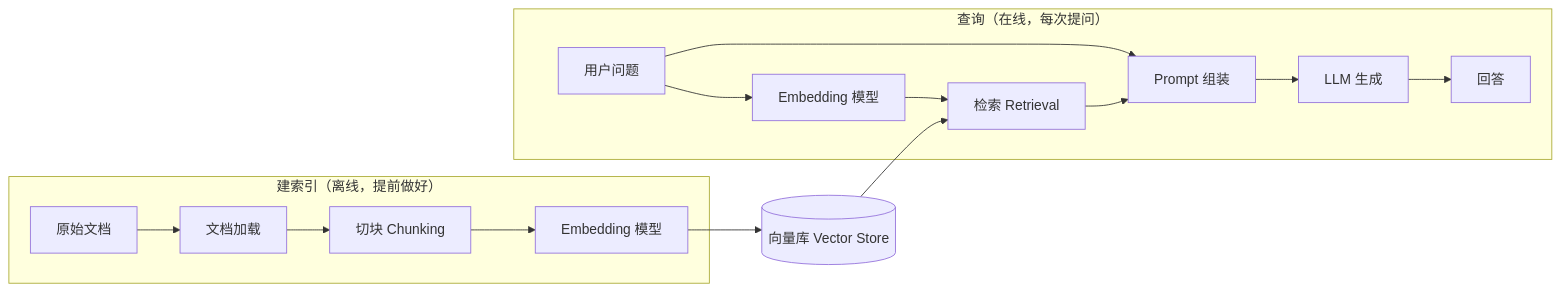
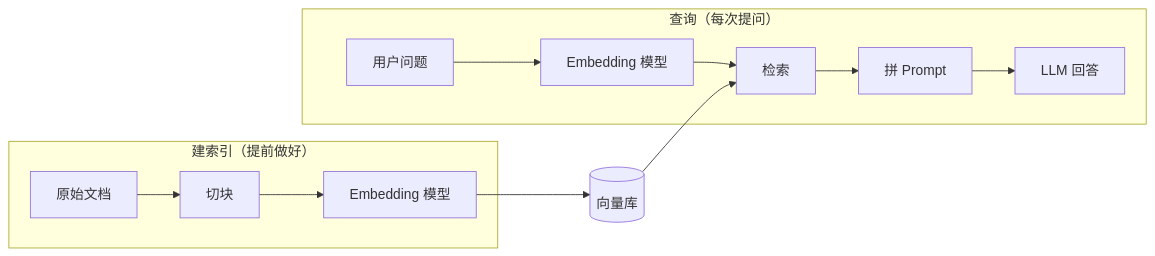
Before and after one commit to PlutoKeating/Project.plusOne: the diagram in docs/ch03/README.md, drawn with Mermaid. The commit also changed other lines of this file and 3 other files, not shown here.

````diff
--- a/docs/ch03/README.md
+++ b/docs/ch03/README.md
@@ -18,18 +29,15 @@
 ```mermaid
 flowchart LR
-    subgraph 建索引["建索引（离线，提前做好）"]
-        A[原始文档] --> B[文档加载]
-        B --> C[切块 Chunking]
+    subgraph 建索引["建索引（提前做好）"]
+        A[原始文档] --> C[切块]
         C --> D[Embedding 模型]
     end
-    D --> E[(向量库 Vector Store)]
-    subgraph 查询["查询（在线，每次提问）"]
+    D --> E[(向量库)]
+    subgraph 查询["查询（每次提问）"]
         Q[用户问题] --> F[Embedding 模型]
-        F --> G[检索 Retrieval]
-        G --> H[Prompt 组装]
-        H --> I[LLM 生成]
-        I --> J[回答]
+        F --> G[检索]
+        G --> H[拼 Prompt]
+        H --> I[LLM 回答]
     end
     E --> G
-    Q --> H
 ```
````
